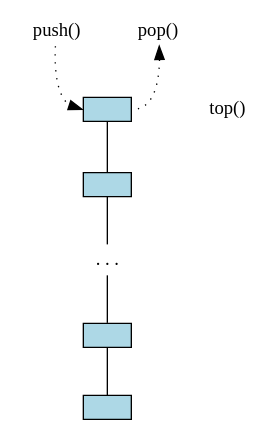
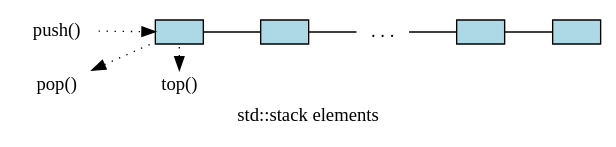
Before and after one commit to DaveParillo/intermediate-cpp: the eighth of 10 diagrams in _sources/containers/sequence-containers.rst, drawn with Graphviz. The commit also changed other lines of this file, not shown here.

Commit message:
refactored diagrams, added footnotes

```diff
--- a/_sources/containers/sequence-containers.rst
+++ b/_sources/containers/sequence-containers.rst
@@ -530,24 +583,30 @@
 .. graphviz::
+   :alt: std::stack elements
 
    // shows push and pop
    digraph g {
+       graph [
+          rankdir=LR;
+          labelloc=b;
+          label="std::stack elements";
+       ];
        node [fontname = "Bitstream Vera Sans", fontsize=14,
              style=filled, fillcolor=lightblue,
              shape=box, width=0.5, height=.25, label=""];
 
 
        a,b,d,e;
        node [style=none];
        c [label=". . .", color=white];
 
        top [shape=none, label="top()"];
        push [shape=none, label="push()"];
        pop [shape=none, label="pop()"];
 
        a -> b -> c -> d -> e [dir=none, arrowhead=vee];
-       push -> a:w [style=dotted];
-       pop -> a:e [dir=back,style=dotted];
+       push -> a [style=dotted];
+       pop -> a [dir=back,style=dotted];
 
        pop:e -> top:w [style=invis]   
-       top -> a [style=invis, constraint=false];
+       top -> a [style=dotted, dir=back, constraint=false];
    }
```
